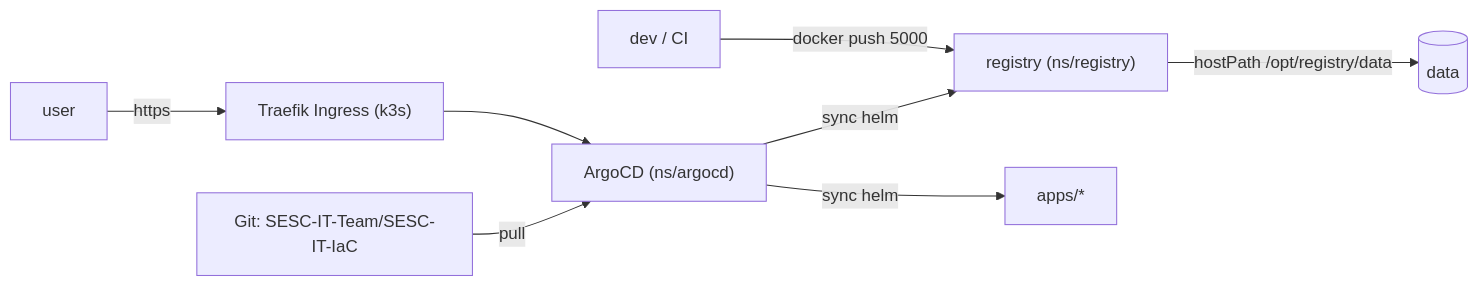
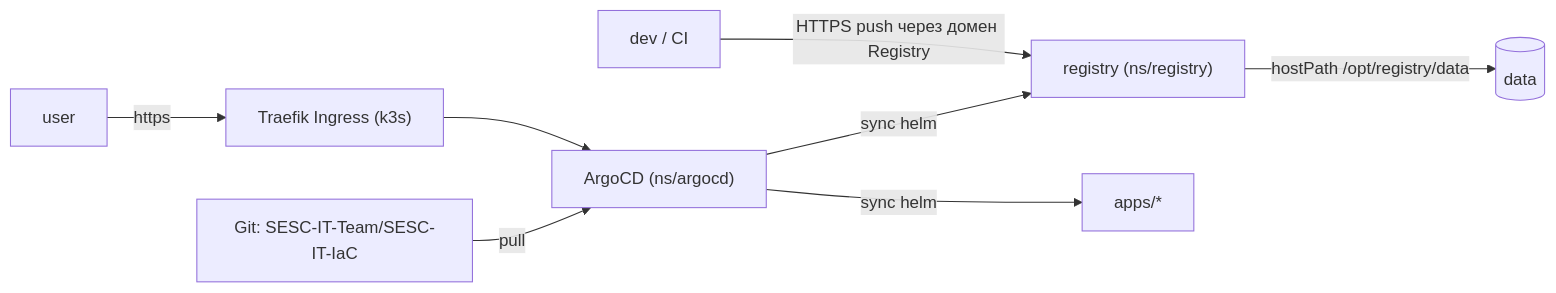
The diagram in docs/ARGOCD.md (SESC-IT-Team/SESC-IT-IaC), drawn with Mermaid before and after one commit. The commit also changed other lines of this file and 1 other file, not shown here.

Commit message:
upd registry access details to reflect HTTPS usage and remove direct port access

````diff
--- a/docs/ARGOCD.md
+++ b/docs/ARGOCD.md
@@ -21,10 +21,10 @@
 ```mermaid
 flowchart LR
   Git["Git: SESC-IT-Team/SESC-IT-IaC"] -->|pull| ArgoCD["ArgoCD (ns/argocd)"]
   ArgoCD -->|sync helm| RegApp["registry (ns/registry)"]
   ArgoCD -->|sync helm| OtherApps["apps/*"]
   RegApp -->|hostPath /opt/registry/data| Data[(data)]
-  Dev["dev / CI"] -->|docker push 5000| RegApp
+  Dev["dev / CI"] -->|HTTPS push через домен Registry| RegApp
   User["user"] -->|https| Ingress["Traefik Ingress (k3s)"]
   Ingress --> ArgoCD
 ```
````
